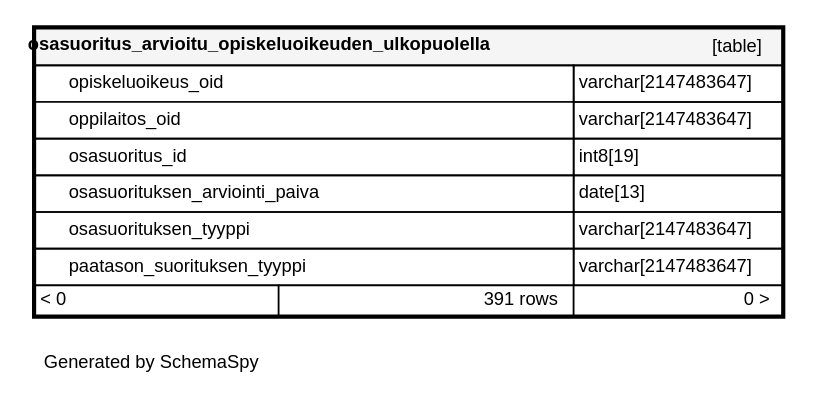
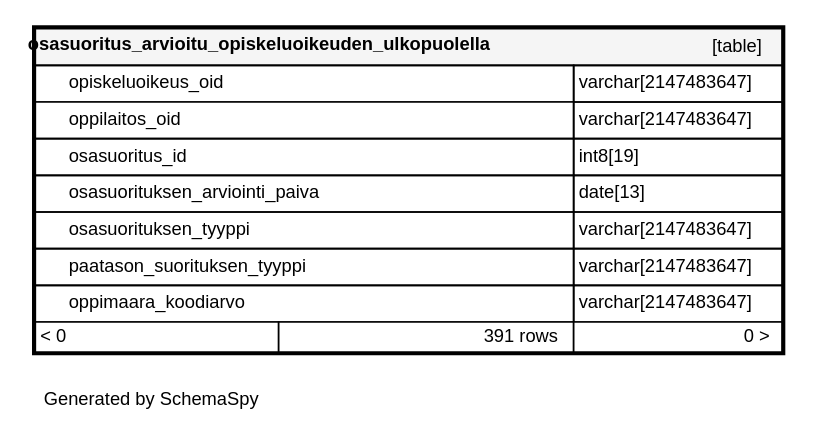
Before and after one commit to Opetushallitus/koski: the diagram in documentation/tietokantaskeemat/koski-raportointikanta/diagrams/tables/osasuoritus_arvioitu_opiskeluoi_6ab95832.1degree.dot, drawn with Graphviz. The commit also changed 84 other files, not shown here.

```diff
--- a/documentation/tietokantaskeemat/koski-raportointikanta/diagrams/tables/osasuoritus_arvioitu_opiskeluoi_6ab95832.1degree.dot
+++ b/documentation/tietokantaskeemat/koski-raportointikanta/diagrams/tables/osasuoritus_arvioitu_opiskeluoi_6ab95832.1degree.dot
@@ -1,19 +1,20 @@
 digraph "oneDegreeRelationshipsDiagram" {
   graph [    rankdir="RL"    bgcolor="#ffffff"    label="\nGenerated by SchemaSpy"    labeljust="l"    nodesep="0.18"    ranksep="0.46"    fontname="Helvetica"    fontsize="11"    ration="compress"  ];  node [    fontname="Helvetica"    fontsize="11"    shape="plaintext"  ];  edge [    arrowsize="0.8"  ];
   "osasuoritus_arvioitu_opiskeluoikeuden_ulkopuolella" [
    label=<
     <TABLE BORDER="2" CELLBORDER="1" CELLSPACING="0" BGCOLOR="#ffffff">
       <TR><TD COLSPAN="4"  BGCOLOR="#f5f5f5"><TABLE BORDER="0" CELLSPACING="0"><TR><TD ALIGN="LEFT" FIXEDSIZE="TRUE" WIDTH="302" HEIGHT="16"><B>osasuoritus_arvioitu_opiskeluoikeuden_ulkopuolella</B></TD><TD ALIGN="RIGHT">[table]</TD></TR></TABLE></TD></TR>
       <TR><TD PORT="opiskeluoikeus_oid" COLSPAN="2" ALIGN="LEFT"><TABLE BORDER="0" CELLSPACING="0" ALIGN="LEFT"><TR ALIGN="LEFT"><TD ALIGN="LEFT" FIXEDSIZE="TRUE" WIDTH="15" HEIGHT="16"></TD><TD ALIGN="LEFT" FIXEDSIZE="TRUE" WIDTH="302" HEIGHT="16">opiskeluoikeus_oid</TD></TR></TABLE></TD><TD PORT="opiskeluoikeus_oid.type" ALIGN="LEFT">varchar[2147483647]</TD></TR>
       <TR><TD PORT="oppilaitos_oid" COLSPAN="2" BGCOLOR="#ffffff" ALIGN="LEFT"><TABLE BORDER="0" CELLSPACING="0" ALIGN="LEFT"><TR ALIGN="LEFT"><TD ALIGN="LEFT" FIXEDSIZE="TRUE" WIDTH="15" HEIGHT="16"></TD><TD ALIGN="LEFT" FIXEDSIZE="TRUE" WIDTH="302" HEIGHT="16">oppilaitos_oid</TD></TR></TABLE></TD><TD PORT="oppilaitos_oid.type" ALIGN="LEFT">varchar[2147483647]</TD></TR>
       <TR><TD PORT="osasuoritus_id" COLSPAN="2" ALIGN="LEFT"><TABLE BORDER="0" CELLSPACING="0" ALIGN="LEFT"><TR ALIGN="LEFT"><TD ALIGN="LEFT" FIXEDSIZE="TRUE" WIDTH="15" HEIGHT="16"></TD><TD ALIGN="LEFT" FIXEDSIZE="TRUE" WIDTH="302" HEIGHT="16">osasuoritus_id</TD></TR></TABLE></TD><TD PORT="osasuoritus_id.type" ALIGN="LEFT">int8[19]</TD></TR>
       <TR><TD PORT="osasuorituksen_arviointi_paiva" COLSPAN="2" ALIGN="LEFT"><TABLE BORDER="0" CELLSPACING="0" ALIGN="LEFT"><TR ALIGN="LEFT"><TD ALIGN="LEFT" FIXEDSIZE="TRUE" WIDTH="15" HEIGHT="16"></TD><TD ALIGN="LEFT" FIXEDSIZE="TRUE" WIDTH="302" HEIGHT="16">osasuorituksen_arviointi_paiva</TD></TR></TABLE></TD><TD PORT="osasuorituksen_arviointi_paiva.type" ALIGN="LEFT">date[13]</TD></TR>
       <TR><TD PORT="osasuorituksen_tyyppi" COLSPAN="2" ALIGN="LEFT"><TABLE BORDER="0" CELLSPACING="0" ALIGN="LEFT"><TR ALIGN="LEFT"><TD ALIGN="LEFT" FIXEDSIZE="TRUE" WIDTH="15" HEIGHT="16"></TD><TD ALIGN="LEFT" FIXEDSIZE="TRUE" WIDTH="302" HEIGHT="16">osasuorituksen_tyyppi</TD></TR></TABLE></TD><TD PORT="osasuorituksen_tyyppi.type" ALIGN="LEFT">varchar[2147483647]</TD></TR>
       <TR><TD PORT="paatason_suorituksen_tyyppi" COLSPAN="2" ALIGN="LEFT"><TABLE BORDER="0" CELLSPACING="0" ALIGN="LEFT"><TR ALIGN="LEFT"><TD ALIGN="LEFT" FIXEDSIZE="TRUE" WIDTH="15" HEIGHT="16"></TD><TD ALIGN="LEFT" FIXEDSIZE="TRUE" WIDTH="302" HEIGHT="16">paatason_suorituksen_tyyppi</TD></TR></TABLE></TD><TD PORT="paatason_suorituksen_tyyppi.type" ALIGN="LEFT">varchar[2147483647]</TD></TR>
+      <TR><TD PORT="oppimaara_koodiarvo" COLSPAN="2" ALIGN="LEFT"><TABLE BORDER="0" CELLSPACING="0" ALIGN="LEFT"><TR ALIGN="LEFT"><TD ALIGN="LEFT" FIXEDSIZE="TRUE" WIDTH="15" HEIGHT="16"></TD><TD ALIGN="LEFT" FIXEDSIZE="TRUE" WIDTH="302" HEIGHT="16">oppimaara_koodiarvo</TD></TR></TABLE></TD><TD PORT="oppimaara_koodiarvo.type" ALIGN="LEFT">varchar[2147483647]</TD></TR>
       <TR><TD ALIGN="LEFT" BGCOLOR="#ffffff">&lt; 0</TD><TD ALIGN="RIGHT" BGCOLOR="#ffffff">391 rows</TD><TD ALIGN="RIGHT" BGCOLOR="#ffffff">0 &gt;</TD></TR>
     </TABLE>>
     URL="../../tables/osasuoritus_arvioitu_opiskeluoi_6ab95832.html"
     target="_top"
     tooltip="osasuoritus_arvioitu_opiskeluoikeuden_ulkopuolella"
   ];
 }
```
